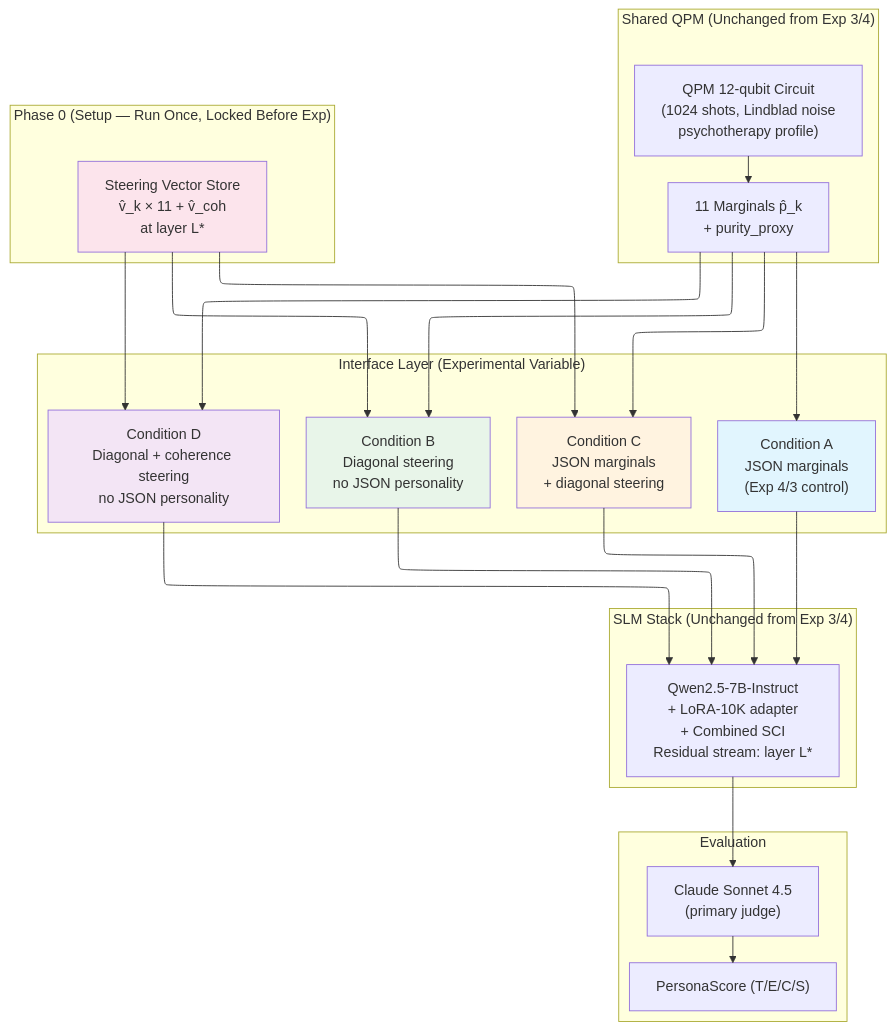
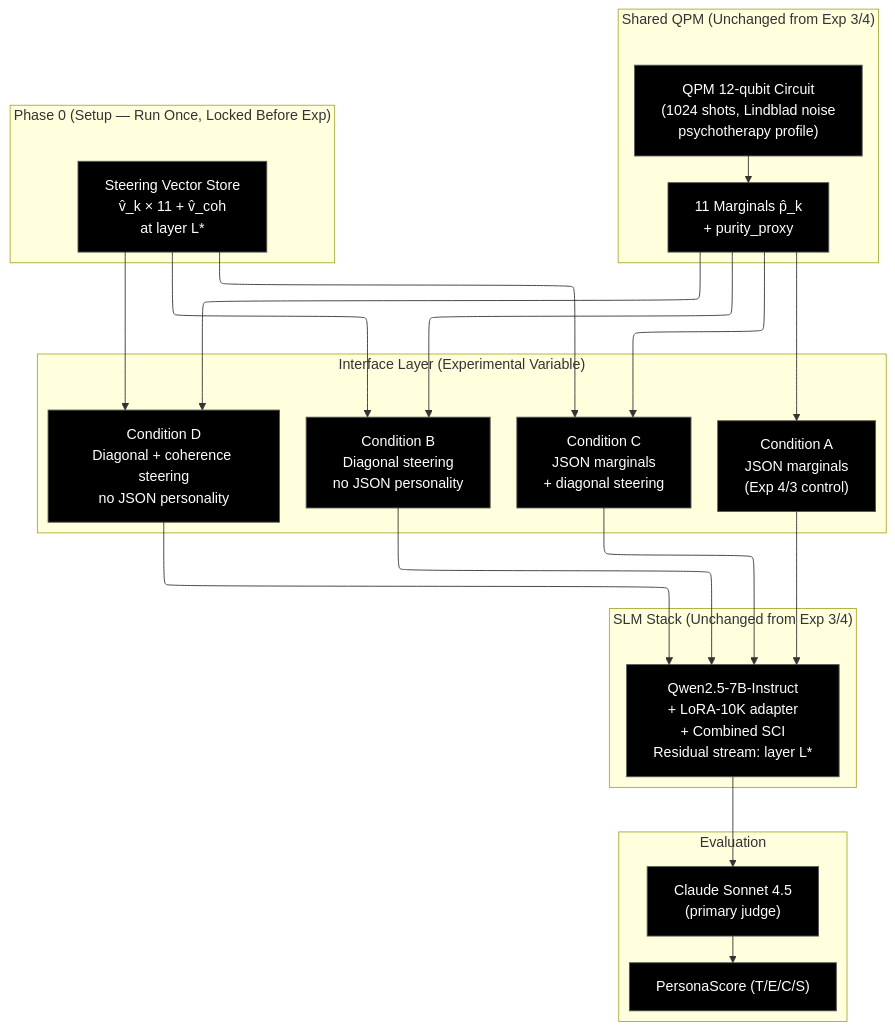
The diagram in CA_Experiment_5/CA_Experiment5_Plan.md (JustForCodin/Centaurian_Architecture_Implementation), drawn with Mermaid before and after one commit.

Commit message:
Plan improvements

````diff
--- a/CA_Experiment_5/CA_Experiment5_Plan.md
+++ b/CA_Experiment_5/CA_Experiment5_Plan.md
@@ -240,40 +240,45 @@
 ```mermaid
-%%{init: {"flowchart": {"defaultRenderer": "elk"}} }%%
+%%{init: {"flowchart": {"defaultRenderer": "elk", "htmlLabels": true}} }%%
 graph TD
     subgraph "Shared QPM (Unchanged from Exp 3/4)"
-        QPM["QPM 12-qubit Circuit\n(1024 shots, Lindblad noise\npsychotherapy profile)"]
-        MARG["11 Marginals p̂_k\n+ purity_proxy"]
+        QPM["QPM 12-qubit Circuit<br>(1024 shots, Lindblad noise<br>psychotherapy profile)"]
+        MARG["11 Marginals p̂_k<br>+ purity_proxy"]
     end
 
     subgraph "Phase 0 (Setup — Run Once, Locked Before Exp)"
-        STEER["Steering Vector Store\nv̂_k × 11 + v̂_coh\nat layer L*"]
+        STEER["Steering Vector Store<br>v̂_k × 11 + v̂_coh<br>at layer L*"]
     end
 
     subgraph "Interface Layer (Experimental Variable)"
-        COND_A["Condition A\nJSON marginals\n(Exp 4/3 control)"]
-        COND_B["Condition B\nDiagonal steering\nno JSON personality"]
-        COND_C["Condition C\nJSON marginals\n+ diagonal steering"]
-        COND_D["Condition D\nDiagonal + coherence steering\nno JSON personality"]
+        COND_A["Condition A<br>JSON marginals<br>(Exp 4/3 control)"]
+        COND_B["Condition B<br>Diagonal steering<br>no JSON personality"]
+        COND_C["Condition C<br>JSON marginals<br>+ diagonal steering"]
+        COND_D["Condition D<br>Diagonal + coherence steering<br>no JSON personality"]
     end
 
     subgraph "SLM Stack (Unchanged from Exp 3/4)"
-        SLM["Qwen2.5-7B-Instruct\n+ LoRA-10K adapter\n+ Combined SCI\nResidual stream: layer L*"]
+        SLM["Qwen2.5-7B-Instruct<br>+ LoRA-10K adapter<br>+ Combined SCI<br>Residual stream: layer L*"]
     end
 
     subgraph "Evaluation"
-        JUDGE["Claude Sonnet 4.5\n(primary judge)"]
+        JUDGE["Claude Sonnet 4.5<br>(primary judge)"]
         SCORE["PersonaScore (T/E/C/S)"]
     end
 
     QPM --> MARG
     MARG --> COND_A & COND_B & COND_C & COND_D
     STEER --> COND_B & COND_C & COND_D
     COND_A & COND_B & COND_C & COND_D --> SLM
     SLM --> JUDGE --> SCORE
 
-    style COND_A fill:#e1f5fe
-    style COND_B fill:#e8f5e9
-    style COND_C fill:#fff3e0
-    style COND_D fill:#f3e5f5
-    style STEER fill:#fce4ec
+    style QPM   fill:#000,color:#fff,stroke:#555
+    style MARG  fill:#000,color:#fff,stroke:#555
+    style STEER fill:#000,color:#fff,stroke:#555
+    style COND_A fill:#000,color:#fff,stroke:#555
+    style COND_B fill:#000,color:#fff,stroke:#555
+    style COND_C fill:#000,color:#fff,stroke:#555
+    style COND_D fill:#000,color:#fff,stroke:#555
+    style SLM   fill:#000,color:#fff,stroke:#555
+    style JUDGE fill:#000,color:#fff,stroke:#555
+    style SCORE fill:#000,color:#fff,stroke:#555
 ```
````
